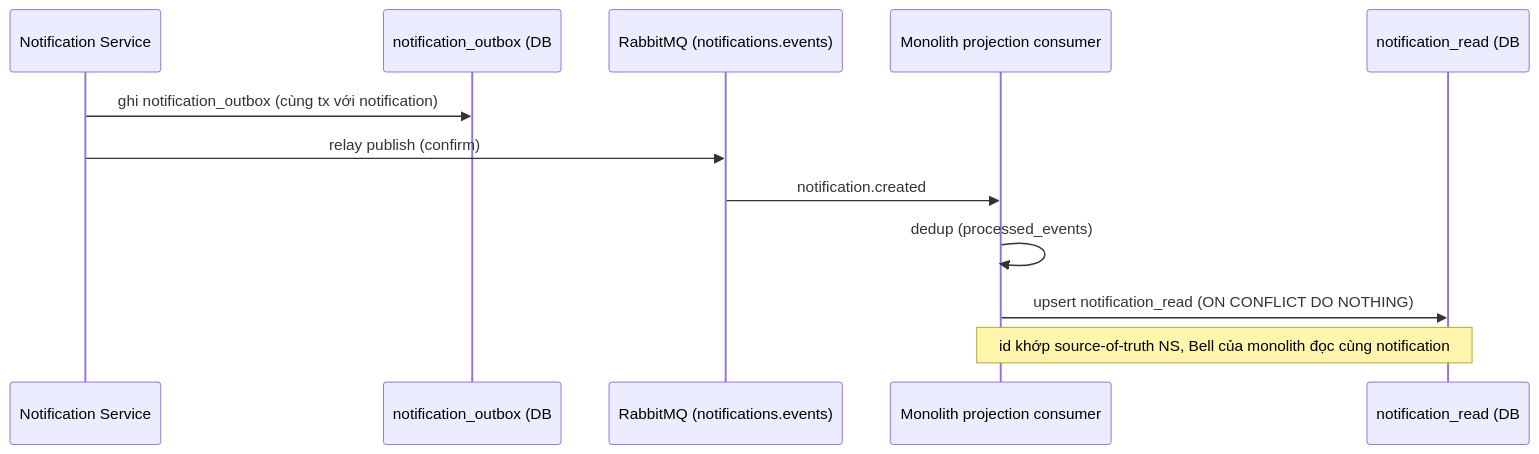
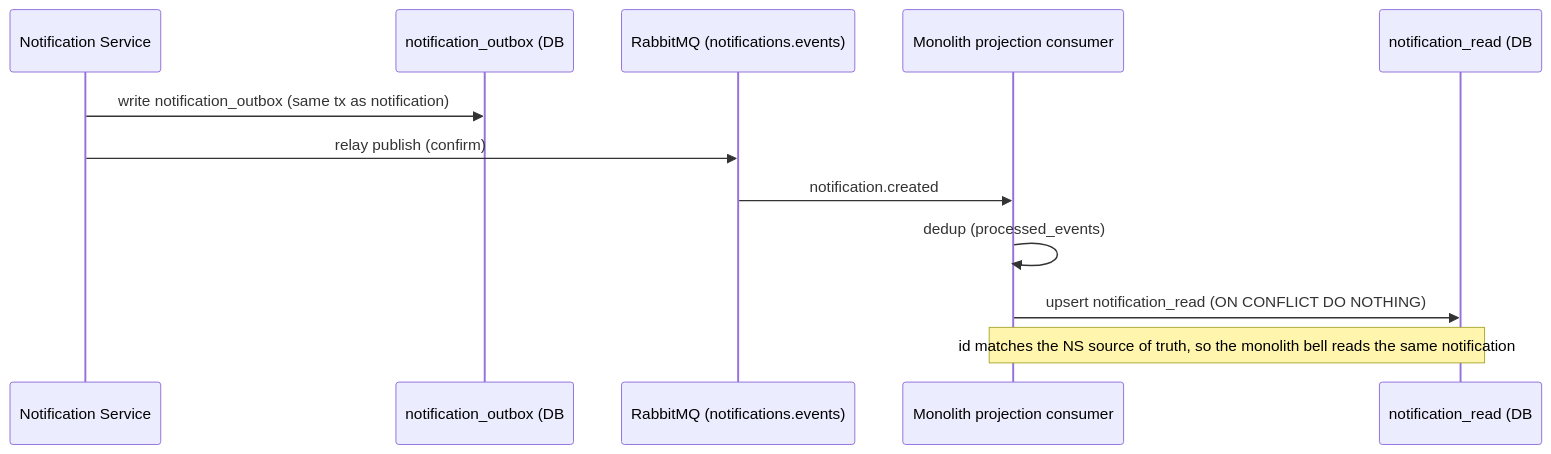
Before and after one commit to chaugiakhang193/fullstack-multi-vendor-ecommerce: the third of 3 diagrams in README.md, drawn with Mermaid. The commit also changed other lines of this file and 5 other files, not shown here.

First line of the commit message:
295. docs(readme): recruiter-facing rewrite with architecture diagrams and screenshots

````diff
--- a/README.md
+++ b/README.md
@@ -109,15 +159,15 @@
 ```mermaid
 sequenceDiagram
     participant NS as Notification Service
     participant NOBX as notification_outbox (DB#2)
     participant MQ as RabbitMQ (notifications.events)
     participant BE as Monolith projection consumer
     participant NR as notification_read (DB#1)
 
-    NS->>NOBX: ghi notification_outbox (cùng tx với notification)
+    NS->>NOBX: write notification_outbox (same tx as notification)
     NS->>MQ: relay publish (confirm)
     MQ->>BE: notification.created
     BE->>BE: dedup (processed_events)
     BE->>NR: upsert notification_read (ON CONFLICT DO NOTHING)
-    Note over BE,NR: id khớp source-of-truth NS, Bell của monolith đọc cùng notification
+    Note over BE,NR: id matches the NS source of truth, so the monolith bell reads the same notification
 ```
````
